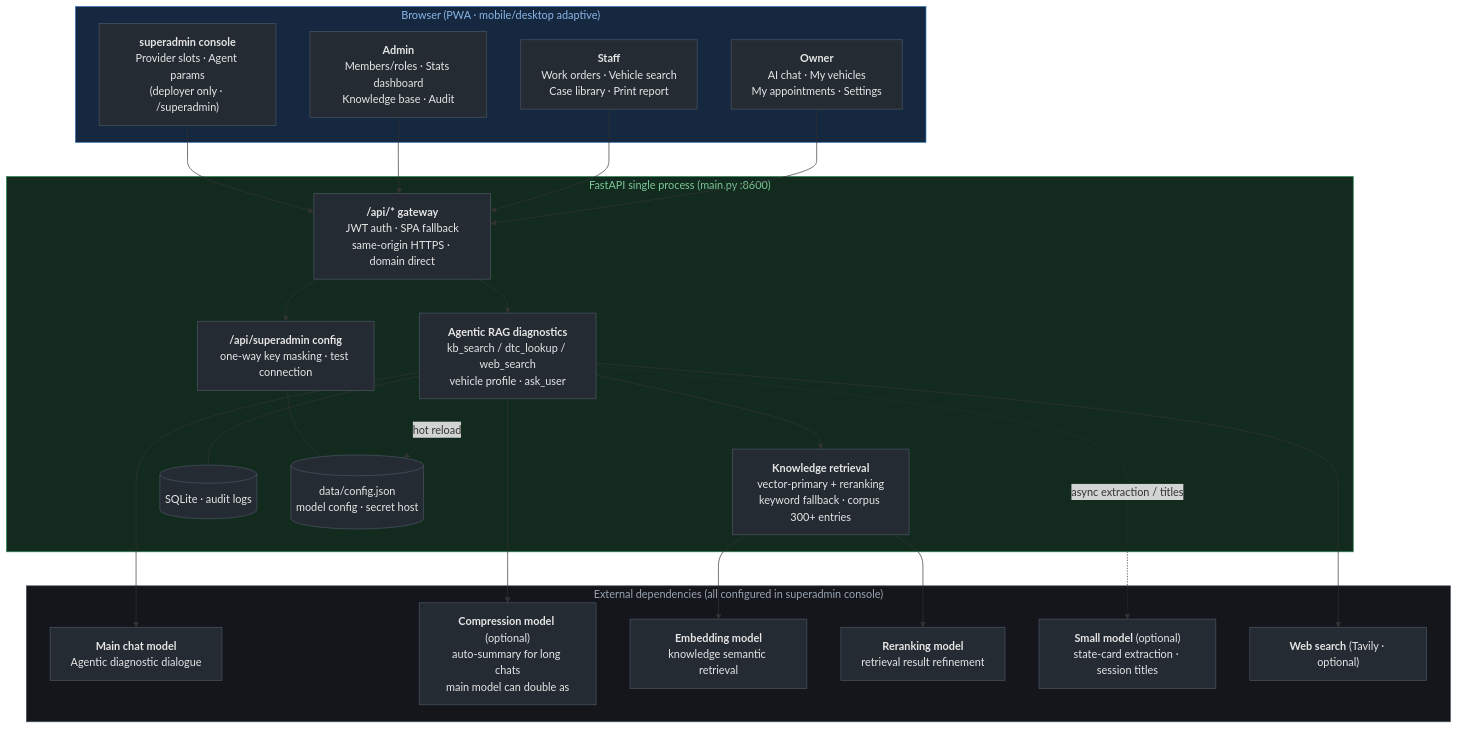
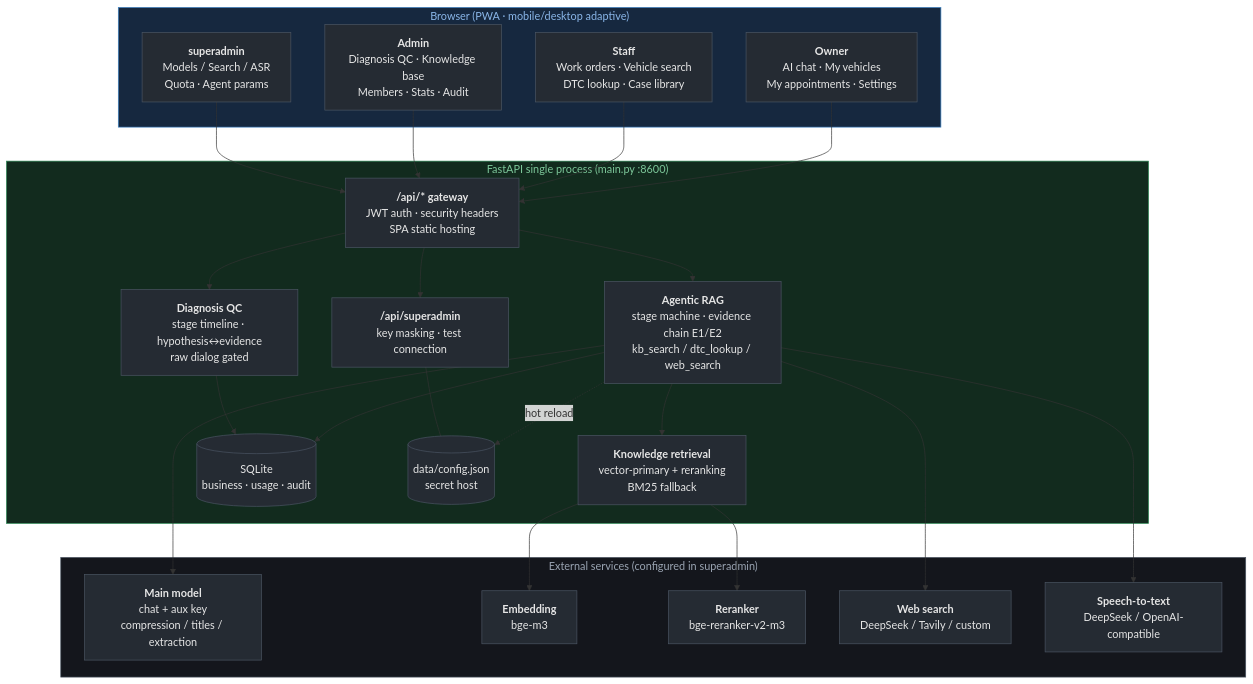
One commit to EVOL233awa/NEV-AI-Diagnostic-System changed the diagram in README_EN.md. Above: the diagram before and after it, drawn with Mermaid. The commit also changed other lines of this file and 149 other files, not shown here.

````diff
--- a/README_EN.md
+++ b/README_EN.md
@@ -11,50 +11,51 @@
 ```mermaid
 flowchart TB
     subgraph browser["Browser (PWA · mobile/desktop adaptive)"]
         B1["<b>Owner</b><br/>AI chat · My vehicles<br/>My appointments · Settings"]
-        B2["<b>Staff</b><br/>Work orders · Vehicle search<br/>Case library · Print report"]
-        B3["<b>Admin</b><br/>Members/roles · Stats dashboard<br/>Knowledge base · Audit"]
-        B4["<b>superadmin console</b><br/>Provider slots · Agent params<br/>(deployer only · /superadmin)"]
+        B2["<b>Staff</b><br/>Work orders · Vehicle search<br/>DTC lookup · Case library"]
+        B3["<b>Admin</b><br/>Diagnosis QC · Knowledge base<br/>Members · Stats · Audit"]
+        B4["<b>superadmin</b><br/>Models / Search / ASR<br/>Quota · Agent params"]
     end
 
     subgraph backend["FastAPI single process (main.py :8600)"]
-        GW["<b>/api/* gateway</b><br/>JWT auth · SPA fallback<br/>same-origin HTTPS · domain direct"]
-        AG["<b>Agentic RAG diagnostics</b><br/>kb_search / dtc_lookup / web_search<br/>vehicle profile · ask_user"]
-        RAG["<b>Knowledge retrieval</b><br/>vector-primary + reranking<br/>keyword fallback · corpus 300+ entries"]
-        DB[("SQLite · audit logs")]
-        SA["<b>/api/superadmin config</b><br/>one-way key masking · test connection"]
-        CFG[("data/config.json<br/>model config · secret host")]
+        GW["<b>/api/* gateway</b><br/>JWT auth · security headers<br/>SPA static hosting"]
+        AG["<b>Agentic RAG</b><br/>stage machine · evidence chain E1/E2<br/>kb_search / dtc_lookup / web_search"]
+        QC["<b>Diagnosis QC</b><br/>stage timeline · hypothesis↔evidence<br/>raw dialog gated"]
+        RAG["<b>Knowledge retrieval</b><br/>vector-primary + reranking<br/>BM25 fallback"]
+        DB[("SQLite<br/>business · usage · audit")]
+        SA["<b>/api/superadmin</b><br/>key masking · test connection"]
+        CFG[("data/config.json<br/>secret host")]
     end
 
-    subgraph deps["External dependencies (all configured in superadmin console)"]
-        M1["<b>Main chat model</b><br/>Agentic diagnostic dialogue"]
-        M2["<b>Compression model</b> (optional)<br/>auto-summary for long chats<br/>main model can double as"]
-        M3["<b>Embedding model</b><br/>knowledge semantic retrieval"]
-        M5["<b>Reranking model</b><br/>retrieval result refinement"]
-        M4["<b>Small model</b> (optional)<br/>state-card extraction · session titles"]
-        TV["<b>Web search</b> (Tavily · optional)"]
+    subgraph cloud["External services (configured in superadmin)"]
+        M1["<b>Main model</b><br/>chat + aux key<br/>compression / titles / extraction"]
+        M2["<b>Embedding</b><br/>bge-m3"]
+        M3["<b>Reranker</b><br/>bge-reranker-v2-m3"]
+        S1["<b>Web search</b><br/>DeepSeek / Tavily / custom"]
+        A1["<b>Speech-to-text</b><br/>DeepSeek / OpenAI-compatible"]
     end
 
     B1 --> GW
     B2 --> GW
     B3 --> GW
     B4 --> GW
     GW --> AG
+    GW --> QC
     GW --> SA
     AG --> RAG
-    AG --- DB
+    AG --> DB
+    QC --> DB
     AG -. "hot reload" .-> CFG
     SA --- CFG
     AG --> M1
-    AG --> M2
-    AG --> TV
-    AG -. "async extraction / titles" .-> M4
+    AG --> S1
+    AG --> A1
+    RAG --> M2
     RAG --> M3
-    RAG --> M5
 
     classDef node fill:#252b33,stroke:#4b5563,color:#e6e6e6
-    class B1,B2,B3,B4,GW,AG,RAG,DB,SA,CFG,M1,M2,M3,M4,M5,TV node
+    class B1,B2,B3,B4,GW,AG,QC,RAG,DB,SA,CFG,M1,M2,M3,S1,A1 node
     style browser fill:#16283f,stroke:#3b82c4,color:#8ab6e8
     style backend fill:#122b1e,stroke:#2e8b57,color:#7dc79a
-    style deps fill:#14161c,stroke:#4b5563,color:#9aa4b2
+    style cloud fill:#14161c,stroke:#4b5563,color:#9aa4b2
 ```
````
